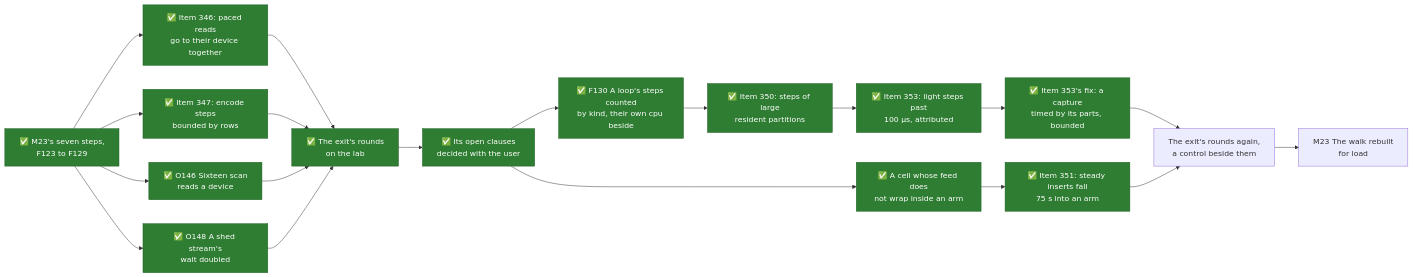
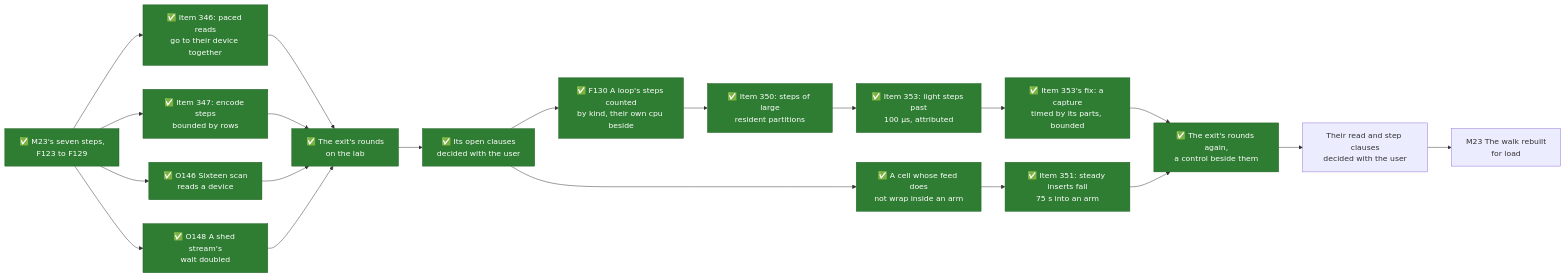
One commit to mjcarson/shoal changed the third of 5 diagrams in docs/src/future-work/scans/whats-left-todo.md. Above: the diagram before and after it, drawn with Mermaid. The commit also changed other lines of this file and 58 other files, not shown here.

````diff
--- a/docs/src/future-work/scans/whats-left-todo.md
+++ b/docs/src/future-work/scans/whats-left-todo.md
@@ -170,27 +199,28 @@
 ```mermaid
 flowchart LR
     classDef done fill:#2e7d32,stroke:#1b5e20,color:#ffffff
     Steps["✅ M23's seven steps,<br>F123 to F129"]:::done
     I346["✅ Item 346: paced reads<br>go to their device together"]:::done
     I347["✅ Item 347: encode steps<br>bounded by rows"]:::done
     O146["✅ O146 Sixteen scan<br>reads a device"]:::done
     O148["✅ O148 A shed stream's<br>wait doubled"]:::done
     Exit["✅ The exit's rounds<br>on the lab"]:::done
     Decided["✅ Its open clauses<br>decided with the user"]:::done
     Count["✅ F130 A loop's steps counted<br>by kind, their own cpu beside"]:::done
     I350["✅ Item 350: steps of large<br>resident partitions"]:::done
     I353["✅ Item 353: light steps past<br>100 µs, attributed"]:::done
     I353f["✅ Item 353's fix: a capture<br>timed by its parts, bounded"]:::done
     Cell["✅ A cell whose feed does<br>not wrap inside an arm"]:::done
     I351["✅ Item 351: steady inserts fall<br>75 s into an arm"]:::done
-    Again["The exit's rounds again,<br>a control beside them"]
+    Again["✅ The exit's rounds again,<br>a control beside them"]:::done
+    Clauses["Their read and step clauses<br>decided with the user"]
     M23["M23 The walk rebuilt<br>for load"]
     Steps --> I346 --> Exit
     Steps --> I347 --> Exit
     Steps --> O146 --> Exit
     Steps --> O148 --> Exit
     Exit --> Decided
     Decided --> Count --> I350 --> I353 --> I353f --> Again
     Decided --> Cell --> I351 --> Again
-    Again --> M23
+    Again --> Clauses --> M23
 ```
````
